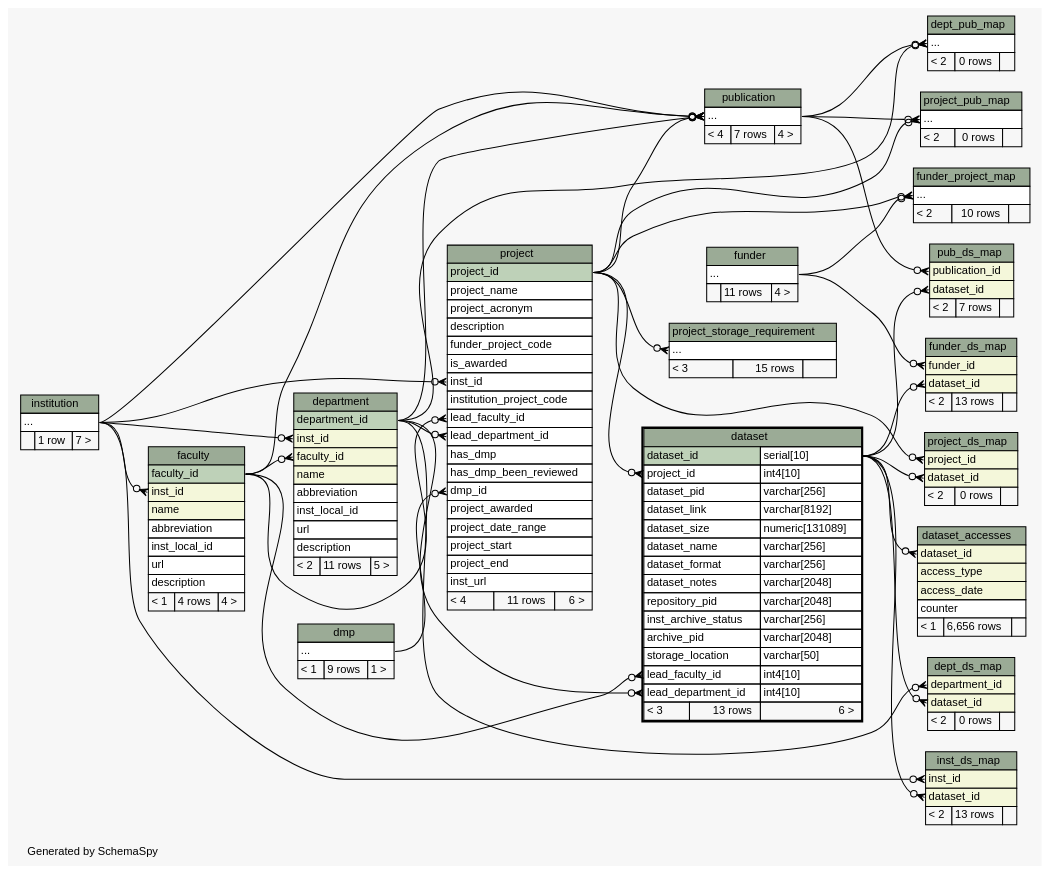
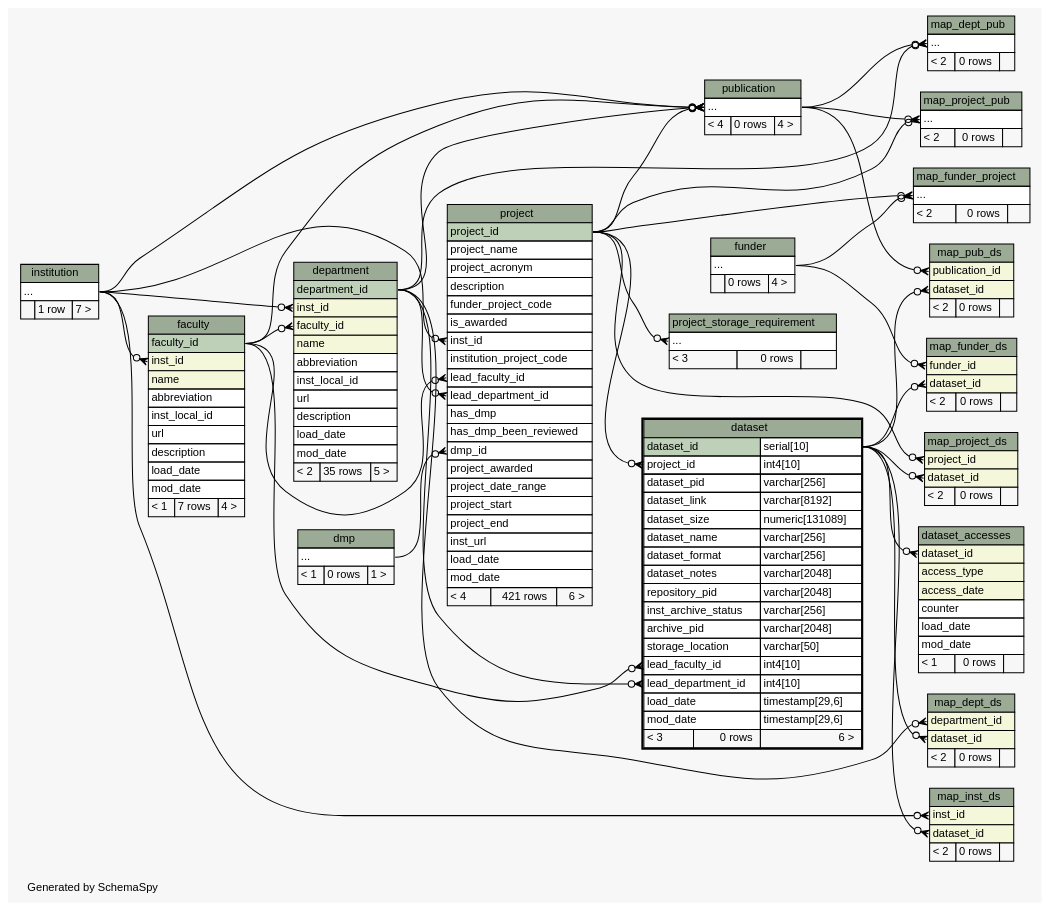
The diagram in ss.out/diagrams/dataset.2degrees.dot (lulibrary/dmao_infrastructure), drawn with Graphviz before and after one commit. The commit also changed 81 other files, not shown here.

```diff
--- a/ss.out/diagrams/dataset.2degrees.dot
+++ b/ss.out/diagrams/dataset.2degrees.dot
@@ -25,28 +25,28 @@
   "dataset_accesses":"dataset_id":w -> "dataset":"dataset_id.type":e [arrowhead=none dir=back arrowtail=crowodot];
   "department":"faculty_id":w -> "faculty":"faculty_id":e [arrowhead=none dir=back arrowtail=crowodot];
   "department":"inst_id":w -> "institution":"elipses":e [arrowhead=none dir=back arrowtail=crowodot];
-  "dept_ds_map":"dataset_id":w -> "dataset":"dataset_id.type":e [arrowhead=none dir=back arrowtail=crowodot];
-  "dept_ds_map":"department_id":w -> "department":"department_id":e [arrowhead=none dir=back arrowtail=crowodot];
-  "dept_pub_map":"elipses":w -> "department":"department_id":e [arrowhead=none dir=back arrowtail=crowodot];
-  "dept_pub_map":"elipses":w -> "publication":"elipses":e [arrowhead=none dir=back arrowtail=crowodot];
   "faculty":"inst_id":w -> "institution":"elipses":e [arrowhead=none dir=back arrowtail=crowodot];
-  "funder_ds_map":"dataset_id":w -> "dataset":"dataset_id.type":e [arrowhead=none dir=back arrowtail=crowodot];
-  "funder_ds_map":"funder_id":w -> "funder":"elipses":e [arrowhead=none dir=back arrowtail=crowodot];
-  "funder_project_map":"elipses":w -> "funder":"elipses":e [arrowhead=none dir=back arrowtail=crowodot];
-  "funder_project_map":"elipses":w -> "project":"project_id":e [arrowhead=none dir=back arrowtail=crowodot];
-  "inst_ds_map":"dataset_id":w -> "dataset":"dataset_id.type":e [arrowhead=none dir=back arrowtail=crowodot];
-  "inst_ds_map":"inst_id":w -> "institution":"elipses":e [arrowhead=none dir=back arrowtail=crowodot];
+  "map_dept_ds":"dataset_id":w -> "dataset":"dataset_id.type":e [arrowhead=none dir=back arrowtail=crowodot];
+  "map_dept_ds":"department_id":w -> "department":"department_id":e [arrowhead=none dir=back arrowtail=crowodot];
+  "map_dept_pub":"elipses":w -> "department":"department_id":e [arrowhead=none dir=back arrowtail=crowodot];
+  "map_dept_pub":"elipses":w -> "publication":"elipses":e [arrowhead=none dir=back arrowtail=crowodot];
+  "map_funder_ds":"dataset_id":w -> "dataset":"dataset_id.type":e [arrowhead=none dir=back arrowtail=crowodot];
+  "map_funder_ds":"funder_id":w -> "funder":"elipses":e [arrowhead=none dir=back arrowtail=crowodot];
+  "map_funder_project":"elipses":w -> "funder":"elipses":e [arrowhead=none dir=back arrowtail=crowodot];
+  "map_funder_project":"elipses":w -> "project":"project_id":e [arrowhead=none dir=back arrowtail=crowodot];
+  "map_inst_ds":"dataset_id":w -> "dataset":"dataset_id.type":e [arrowhead=none dir=back arrowtail=crowodot];
+  "map_inst_ds":"inst_id":w -> "institution":"elipses":e [arrowhead=none dir=back arrowtail=crowodot];
+  "map_project_ds":"dataset_id":w -> "dataset":"dataset_id.type":e [arrowhead=none dir=back arrowtail=crowodot];
+  "map_project_ds":"project_id":w -> "project":"project_id":e [arrowhead=none dir=back arrowtail=crowodot];
+  "map_project_pub":"elipses":w -> "project":"project_id":e [arrowhead=none dir=back arrowtail=crowodot];
+  "map_project_pub":"elipses":w -> "publication":"elipses":e [arrowhead=none dir=back arrowtail=crowodot];
+  "map_pub_ds":"dataset_id":w -> "dataset":"dataset_id.type":e [arrowhead=none dir=back arrowtail=crowodot];
+  "map_pub_ds":"publication_id":w -> "publication":"elipses":e [arrowhead=none dir=back arrowtail=crowodot];
   "project":"dmp_id":w -> "dmp":"elipses":e [arrowhead=none dir=back arrowtail=crowodot];
   "project":"inst_id":w -> "institution":"elipses":e [arrowhead=none dir=back arrowtail=crowodot];
   "project":"lead_department_id":w -> "department":"department_id":e [arrowhead=none dir=back arrowtail=crowodot];
   "project":"lead_faculty_id":w -> "faculty":"faculty_id":e [arrowhead=none dir=back arrowtail=crowodot];
-  "project_ds_map":"dataset_id":w -> "dataset":"dataset_id.type":e [arrowhead=none dir=back arrowtail=crowodot];
-  "project_ds_map":"project_id":w -> "project":"project_id":e [arrowhead=none dir=back arrowtail=crowodot];
-  "project_pub_map":"elipses":w -> "project":"project_id":e [arrowhead=none dir=back arrowtail=crowodot];
-  "project_pub_map":"elipses":w -> "publication":"elipses":e [arrowhead=none dir=back arrowtail=crowodot];
   "project_storage_requirement":"elipses":w -> "project":"project_id":e [arrowhead=none dir=back arrowtail=crowodot];
-  "pub_ds_map":"dataset_id":w -> "dataset":"dataset_id.type":e [arrowhead=none dir=back arrowtail=crowodot];
-  "pub_ds_map":"publication_id":w -> "publication":"elipses":e [arrowhead=none dir=back arrowtail=crowodot];
   "publication":"elipses":w -> "department":"department_id":e [arrowhead=none dir=back arrowtail=crowodot];
   "publication":"elipses":w -> "faculty":"faculty_id":e [arrowhead=none dir=back arrowtail=crowodot];
   "publication":"elipses":w -> "institution":"elipses":e [arrowhead=none dir=back arrowtail=crowodot];
@@ -69,7 +69,9 @@
       <TR><TD PORT="storage_location" COLSPAN="2" ALIGN="LEFT">storage_location</TD><TD PORT="storage_location.type" ALIGN="LEFT">varchar[50]</TD></TR>
       <TR><TD PORT="lead_faculty_id" COLSPAN="2" ALIGN="LEFT">lead_faculty_id</TD><TD PORT="lead_faculty_id.type" ALIGN="LEFT">int4[10]</TD></TR>
       <TR><TD PORT="lead_department_id" COLSPAN="2" ALIGN="LEFT">lead_department_id</TD><TD PORT="lead_department_id.type" ALIGN="LEFT">int4[10]</TD></TR>
-      <TR><TD ALIGN="LEFT" BGCOLOR="#f7f7f7">&lt; 3</TD><TD ALIGN="RIGHT" BGCOLOR="#f7f7f7">13 rows</TD><TD ALIGN="RIGHT" BGCOLOR="#f7f7f7">6 &gt;</TD></TR>
+      <TR><TD PORT="load_date" COLSPAN="2" ALIGN="LEFT">load_date</TD><TD PORT="load_date.type" ALIGN="LEFT">timestamp[29,6]</TD></TR>
+      <TR><TD PORT="mod_date" COLSPAN="2" ALIGN="LEFT">mod_date</TD><TD PORT="mod_date.type" ALIGN="LEFT">timestamp[29,6]</TD></TR>
+      <TR><TD ALIGN="LEFT" BGCOLOR="#f7f7f7">&lt; 3</TD><TD ALIGN="RIGHT" BGCOLOR="#f7f7f7">0 rows</TD><TD ALIGN="RIGHT" BGCOLOR="#f7f7f7">6 &gt;</TD></TR>
     </TABLE>>
     URL="dataset.html"
     tooltip="dataset"
@@ -82,7 +84,9 @@
       <TR><TD PORT="access_type" COLSPAN="3" BGCOLOR="#f4f7da" ALIGN="LEFT">access_type</TD></TR>
       <TR><TD PORT="access_date" COLSPAN="3" BGCOLOR="#f4f7da" ALIGN="LEFT">access_date</TD></TR>
       <TR><TD PORT="counter" COLSPAN="3" ALIGN="LEFT">counter</TD></TR>
-      <TR><TD ALIGN="LEFT" BGCOLOR="#f7f7f7">&lt; 1</TD><TD ALIGN="RIGHT" BGCOLOR="#f7f7f7">6,656 rows</TD><TD ALIGN="RIGHT" BGCOLOR="#f7f7f7">  </TD></TR>
+      <TR><TD PORT="load_date" COLSPAN="3" ALIGN="LEFT">load_date</TD></TR>
+      <TR><TD PORT="mod_date" COLSPAN="3" ALIGN="LEFT">mod_date</TD></TR>
+      <TR><TD ALIGN="LEFT" BGCOLOR="#f7f7f7">&lt; 1</TD><TD ALIGN="RIGHT" BGCOLOR="#f7f7f7">0 rows</TD><TD ALIGN="RIGHT" BGCOLOR="#f7f7f7">  </TD></TR>
     </TABLE>>
     URL="dataset_accesses.html"
     tooltip="dataset_accesses"
@@ -99,38 +103,19 @@
       <TR><TD PORT="inst_local_id" COLSPAN="3" ALIGN="LEFT">inst_local_id</TD></TR>
       <TR><TD PORT="url" COLSPAN="3" ALIGN="LEFT">url</TD></TR>
       <TR><TD PORT="description" COLSPAN="3" ALIGN="LEFT">description</TD></TR>
-      <TR><TD ALIGN="LEFT" BGCOLOR="#f7f7f7">&lt; 2</TD><TD ALIGN="RIGHT" BGCOLOR="#f7f7f7">11 rows</TD><TD ALIGN="RIGHT" BGCOLOR="#f7f7f7">5 &gt;</TD></TR>
+      <TR><TD PORT="load_date" COLSPAN="3" ALIGN="LEFT">load_date</TD></TR>
+      <TR><TD PORT="mod_date" COLSPAN="3" ALIGN="LEFT">mod_date</TD></TR>
+      <TR><TD ALIGN="LEFT" BGCOLOR="#f7f7f7">&lt; 2</TD><TD ALIGN="RIGHT" BGCOLOR="#f7f7f7">35 rows</TD><TD ALIGN="RIGHT" BGCOLOR="#f7f7f7">5 &gt;</TD></TR>
     </TABLE>>
     URL="department.html"
     tooltip="department"
-  ];
-  "dept_ds_map" [
-    label=<
-    <TABLE BORDER="0" CELLBORDER="1" CELLSPACING="0" BGCOLOR="#ffffff">
-      <TR><TD COLSPAN="3" BGCOLOR="#9bab96" ALIGN="CENTER">dept_ds_map</TD></TR>
-      <TR><TD PORT="department_id" COLSPAN="3" BGCOLOR="#f4f7da" ALIGN="LEFT">department_id</TD></TR>
-      <TR><TD PORT="dataset_id" COLSPAN="3" BGCOLOR="#f4f7da" ALIGN="LEFT">dataset_id</TD></TR>
-      <TR><TD ALIGN="LEFT" BGCOLOR="#f7f7f7">&lt; 2</TD><TD ALIGN="RIGHT" BGCOLOR="#f7f7f7">0 rows</TD><TD ALIGN="RIGHT" BGCOLOR="#f7f7f7">  </TD></TR>
-    </TABLE>>
-    URL="dept_ds_map.html"
-    tooltip="dept_ds_map"
-  ];
-  "dept_pub_map" [
-    label=<
-    <TABLE BORDER="0" CELLBORDER="1" CELLSPACING="0" BGCOLOR="#ffffff">
-      <TR><TD COLSPAN="3" BGCOLOR="#9bab96" ALIGN="CENTER">dept_pub_map</TD></TR>
-      <TR><TD PORT="elipses" COLSPAN="3" ALIGN="LEFT">...</TD></TR>
-      <TR><TD ALIGN="LEFT" BGCOLOR="#f7f7f7">&lt; 2</TD><TD ALIGN="RIGHT" BGCOLOR="#f7f7f7">0 rows</TD><TD ALIGN="RIGHT" BGCOLOR="#f7f7f7">  </TD></TR>
-    </TABLE>>
-    URL="dept_pub_map.html"
-    tooltip="dept_pub_map"
   ];
   "dmp" [
     label=<
     <TABLE BORDER="0" CELLBORDER="1" CELLSPACING="0" BGCOLOR="#ffffff">
       <TR><TD COLSPAN="3" BGCOLOR="#9bab96" ALIGN="CENTER">dmp</TD></TR>
       <TR><TD PORT="elipses" COLSPAN="3" ALIGN="LEFT">...</TD></TR>
-      <TR><TD ALIGN="LEFT" BGCOLOR="#f7f7f7">&lt; 1</TD><TD ALIGN="RIGHT" BGCOLOR="#f7f7f7">9 rows</TD><TD ALIGN="RIGHT" BGCOLOR="#f7f7f7">1 &gt;</TD></TR>
+      <TR><TD ALIGN="LEFT" BGCOLOR="#f7f7f7">&lt; 1</TD><TD ALIGN="RIGHT" BGCOLOR="#f7f7f7">0 rows</TD><TD ALIGN="RIGHT" BGCOLOR="#f7f7f7">1 &gt;</TD></TR>
     </TABLE>>
     URL="dmp.html"
     tooltip="dmp"
@@ -146,7 +131,9 @@
       <TR><TD PORT="inst_local_id" COLSPAN="3" ALIGN="LEFT">inst_local_id</TD></TR>
       <TR><TD PORT="url" COLSPAN="3" ALIGN="LEFT">url</TD></TR>
       <TR><TD PORT="description" COLSPAN="3" ALIGN="LEFT">description</TD></TR>
-      <TR><TD ALIGN="LEFT" BGCOLOR="#f7f7f7">&lt; 1</TD><TD ALIGN="RIGHT" BGCOLOR="#f7f7f7">4 rows</TD><TD ALIGN="RIGHT" BGCOLOR="#f7f7f7">4 &gt;</TD></TR>
+      <TR><TD PORT="load_date" COLSPAN="3" ALIGN="LEFT">load_date</TD></TR>
+      <TR><TD PORT="mod_date" COLSPAN="3" ALIGN="LEFT">mod_date</TD></TR>
+      <TR><TD ALIGN="LEFT" BGCOLOR="#f7f7f7">&lt; 1</TD><TD ALIGN="RIGHT" BGCOLOR="#f7f7f7">7 rows</TD><TD ALIGN="RIGHT" BGCOLOR="#f7f7f7">4 &gt;</TD></TR>
     </TABLE>>
     URL="faculty.html"
     tooltip="faculty"
@@ -156,42 +143,10 @@
     <TABLE BORDER="0" CELLBORDER="1" CELLSPACING="0" BGCOLOR="#ffffff">
       <TR><TD COLSPAN="3" BGCOLOR="#9bab96" ALIGN="CENTER">funder</TD></TR>
       <TR><TD PORT="elipses" COLSPAN="3" ALIGN="LEFT">...</TD></TR>
-      <TR><TD ALIGN="LEFT" BGCOLOR="#f7f7f7">  </TD><TD ALIGN="RIGHT" BGCOLOR="#f7f7f7">11 rows</TD><TD ALIGN="RIGHT" BGCOLOR="#f7f7f7">4 &gt;</TD></TR>
+      <TR><TD ALIGN="LEFT" BGCOLOR="#f7f7f7">  </TD><TD ALIGN="RIGHT" BGCOLOR="#f7f7f7">0 rows</TD><TD ALIGN="RIGHT" BGCOLOR="#f7f7f7">4 &gt;</TD></TR>
     </TABLE>>
     URL="funder.html"
     tooltip="funder"
-  ];
-  "funder_ds_map" [
-    label=<
-    <TABLE BORDER="0" CELLBORDER="1" CELLSPACING="0" BGCOLOR="#ffffff">
-      <TR><TD COLSPAN="3" BGCOLOR="#9bab96" ALIGN="CENTER">funder_ds_map</TD></TR>
-      <TR><TD PORT="funder_id" COLSPAN="3" BGCOLOR="#f4f7da" ALIGN="LEFT">funder_id</TD></TR>
-      <TR><TD PORT="dataset_id" COLSPAN="3" BGCOLOR="#f4f7da" ALIGN="LEFT">dataset_id</TD></TR>
-      <TR><TD ALIGN="LEFT" BGCOLOR="#f7f7f7">&lt; 2</TD><TD ALIGN="RIGHT" BGCOLOR="#f7f7f7">13 rows</TD><TD ALIGN="RIGHT" BGCOLOR="#f7f7f7">  </TD></TR>
-    </TABLE>>
-    URL="funder_ds_map.html"
-    tooltip="funder_ds_map"
-  ];
-  "funder_project_map" [
-    label=<
-    <TABLE BORDER="0" CELLBORDER="1" CELLSPACING="0" BGCOLOR="#ffffff">
-      <TR><TD COLSPAN="3" BGCOLOR="#9bab96" ALIGN="CENTER">funder_project_map</TD></TR>
-      <TR><TD PORT="elipses" COLSPAN="3" ALIGN="LEFT">...</TD></TR>
-      <TR><TD ALIGN="LEFT" BGCOLOR="#f7f7f7">&lt; 2</TD><TD ALIGN="RIGHT" BGCOLOR="#f7f7f7">10 rows</TD><TD ALIGN="RIGHT" BGCOLOR="#f7f7f7">  </TD></TR>
-    </TABLE>>
-    URL="funder_project_map.html"
-    tooltip="funder_project_map"
-  ];
-  "inst_ds_map" [
-    label=<
-    <TABLE BORDER="0" CELLBORDER="1" CELLSPACING="0" BGCOLOR="#ffffff">
-      <TR><TD COLSPAN="3" BGCOLOR="#9bab96" ALIGN="CENTER">inst_ds_map</TD></TR>
-      <TR><TD PORT="inst_id" COLSPAN="3" BGCOLOR="#f4f7da" ALIGN="LEFT">inst_id</TD></TR>
-      <TR><TD PORT="dataset_id" COLSPAN="3" BGCOLOR="#f4f7da" ALIGN="LEFT">dataset_id</TD></TR>
-      <TR><TD ALIGN="LEFT" BGCOLOR="#f7f7f7">&lt; 2</TD><TD ALIGN="RIGHT" BGCOLOR="#f7f7f7">13 rows</TD><TD ALIGN="RIGHT" BGCOLOR="#f7f7f7">  </TD></TR>
-    </TABLE>>
-    URL="inst_ds_map.html"
-    tooltip="inst_ds_map"
   ];
   "institution" [
     label=<
@@ -202,6 +157,91 @@
     </TABLE>>
     URL="institution.html"
     tooltip="institution"
+  ];
+  "map_dept_ds" [
+    label=<
+    <TABLE BORDER="0" CELLBORDER="1" CELLSPACING="0" BGCOLOR="#ffffff">
+      <TR><TD COLSPAN="3" BGCOLOR="#9bab96" ALIGN="CENTER">map_dept_ds</TD></TR>
+      <TR><TD PORT="department_id" COLSPAN="3" BGCOLOR="#f4f7da" ALIGN="LEFT">department_id</TD></TR>
+      <TR><TD PORT="dataset_id" COLSPAN="3" BGCOLOR="#f4f7da" ALIGN="LEFT">dataset_id</TD></TR>
+      <TR><TD ALIGN="LEFT" BGCOLOR="#f7f7f7">&lt; 2</TD><TD ALIGN="RIGHT" BGCOLOR="#f7f7f7">0 rows</TD><TD ALIGN="RIGHT" BGCOLOR="#f7f7f7">  </TD></TR>
+    </TABLE>>
+    URL="map_dept_ds.html"
+    tooltip="map_dept_ds"
+  ];
+  "map_dept_pub" [
+    label=<
+    <TABLE BORDER="0" CELLBORDER="1" CELLSPACING="0" BGCOLOR="#ffffff">
+      <TR><TD COLSPAN="3" BGCOLOR="#9bab96" ALIGN="CENTER">map_dept_pub</TD></TR>
+      <TR><TD PORT="elipses" COLSPAN="3" ALIGN="LEFT">...</TD></TR>
+      <TR><TD ALIGN="LEFT" BGCOLOR="#f7f7f7">&lt; 2</TD><TD ALIGN="RIGHT" BGCOLOR="#f7f7f7">0 rows</TD><TD ALIGN="RIGHT" BGCOLOR="#f7f7f7">  </TD></TR>
+    </TABLE>>
+    URL="map_dept_pub.html"
+    tooltip="map_dept_pub"
+  ];
+  "map_funder_ds" [
+    label=<
+    <TABLE BORDER="0" CELLBORDER="1" CELLSPACING="0" BGCOLOR="#ffffff">
+      <TR><TD COLSPAN="3" BGCOLOR="#9bab96" ALIGN="CENTER">map_funder_ds</TD></TR>
+      <TR><TD PORT="funder_id" COLSPAN="3" BGCOLOR="#f4f7da" ALIGN="LEFT">funder_id</TD></TR>
+      <TR><TD PORT="dataset_id" COLSPAN="3" BGCOLOR="#f4f7da" ALIGN="LEFT">dataset_id</TD></TR>
+      <TR><TD ALIGN="LEFT" BGCOLOR="#f7f7f7">&lt; 2</TD><TD ALIGN="RIGHT" BGCOLOR="#f7f7f7">0 rows</TD><TD ALIGN="RIGHT" BGCOLOR="#f7f7f7">  </TD></TR>
+    </TABLE>>
+    URL="map_funder_ds.html"
+    tooltip="map_funder_ds"
+  ];
+  "map_funder_project" [
+    label=<
+    <TABLE BORDER="0" CELLBORDER="1" CELLSPACING="0" BGCOLOR="#ffffff">
+      <TR><TD COLSPAN="3" BGCOLOR="#9bab96" ALIGN="CENTER">map_funder_project</TD></TR>
+      <TR><TD PORT="elipses" COLSPAN="3" ALIGN="LEFT">...</TD></TR>
+      <TR><TD ALIGN="LEFT" BGCOLOR="#f7f7f7">&lt; 2</TD><TD ALIGN="RIGHT" BGCOLOR="#f7f7f7">0 rows</TD><TD ALIGN="RIGHT" BGCOLOR="#f7f7f7">  </TD></TR>
+    </TABLE>>
+    URL="map_funder_project.html"
+    tooltip="map_funder_project"
+  ];
+  "map_inst_ds" [
+    label=<
+    <TABLE BORDER="0" CELLBORDER="1" CELLSPACING="0" BGCOLOR="#ffffff">
+      <TR><TD COLSPAN="3" BGCOLOR="#9bab96" ALIGN="CENTER">map_inst_ds</TD></TR>
+      <TR><TD PORT="inst_id" COLSPAN="3" BGCOLOR="#f4f7da" ALIGN="LEFT">inst_id</TD></TR>
+      <TR><TD PORT="dataset_id" COLSPAN="3" BGCOLOR="#f4f7da" ALIGN="LEFT">dataset_id</TD></TR>
+      <TR><TD ALIGN="LEFT" BGCOLOR="#f7f7f7">&lt; 2</TD><TD ALIGN="RIGHT" BGCOLOR="#f7f7f7">0 rows</TD><TD ALIGN="RIGHT" BGCOLOR="#f7f7f7">  </TD></TR>
+    </TABLE>>
+    URL="map_inst_ds.html"
+    tooltip="map_inst_ds"
+  ];
+  "map_project_ds" [
+    label=<
+    <TABLE BORDER="0" CELLBORDER="1" CELLSPACING="0" BGCOLOR="#ffffff">
+      <TR><TD COLSPAN="3" BGCOLOR="#9bab96" ALIGN="CENTER">map_project_ds</TD></TR>
+      <TR><TD PORT="project_id" COLSPAN="3" BGCOLOR="#f4f7da" ALIGN="LEFT">project_id</TD></TR>
+      <TR><TD PORT="dataset_id" COLSPAN="3" BGCOLOR="#f4f7da" ALIGN="LEFT">dataset_id</TD></TR>
+      <TR><TD ALIGN="LEFT" BGCOLOR="#f7f7f7">&lt; 2</TD><TD ALIGN="RIGHT" BGCOLOR="#f7f7f7">0 rows</TD><TD ALIGN="RIGHT" BGCOLOR="#f7f7f7">  </TD></TR>
+    </TABLE>>
+    URL="map_project_ds.html"
+    tooltip="map_project_ds"
+  ];
+  "map_project_pub" [
+    label=<
+    <TABLE BORDER="0" CELLBORDER="1" CELLSPACING="0" BGCOLOR="#ffffff">
+      <TR><TD COLSPAN="3" BGCOLOR="#9bab96" ALIGN="CENTER">map_project_pub</TD></TR>
+      <TR><TD PORT="elipses" COLSPAN="3" ALIGN="LEFT">...</TD></TR>
+      <TR><TD ALIGN="LEFT" BGCOLOR="#f7f7f7">&lt; 2</TD><TD ALIGN="RIGHT" BGCOLOR="#f7f7f7">0 rows</TD><TD ALIGN="RIGHT" BGCOLOR="#f7f7f7">  </TD></TR>
+    </TABLE>>
+    URL="map_project_pub.html"
+    tooltip="map_project_pub"
+  ];
+  "map_pub_ds" [
+    label=<
+    <TABLE BORDER="0" CELLBORDER="1" CELLSPACING="0" BGCOLOR="#ffffff">
+      <TR><TD COLSPAN="3" BGCOLOR="#9bab96" ALIGN="CENTER">map_pub_ds</TD></TR>
+      <TR><TD PORT="publication_id" COLSPAN="3" BGCOLOR="#f4f7da" ALIGN="LEFT">publication_id</TD></TR>
+      <TR><TD PORT="dataset_id" COLSPAN="3" BGCOLOR="#f4f7da" ALIGN="LEFT">dataset_id</TD></TR>
+      <TR><TD ALIGN="LEFT" BGCOLOR="#f7f7f7">&lt; 2</TD><TD ALIGN="RIGHT" BGCOLOR="#f7f7f7">0 rows</TD><TD ALIGN="RIGHT" BGCOLOR="#f7f7f7">  </TD></TR>
+    </TABLE>>
+    URL="map_pub_ds.html"
+    tooltip="map_pub_ds"
   ];
   "project" [
     label=<
@@ -225,59 +265,29 @@
       <TR><TD PORT="project_start" COLSPAN="3" ALIGN="LEFT">project_start</TD></TR>
       <TR><TD PORT="project_end" COLSPAN="3" ALIGN="LEFT">project_end</TD></TR>
       <TR><TD PORT="inst_url" COLSPAN="3" ALIGN="LEFT">inst_url</TD></TR>
-      <TR><TD ALIGN="LEFT" BGCOLOR="#f7f7f7">&lt; 4</TD><TD ALIGN="RIGHT" BGCOLOR="#f7f7f7">11 rows</TD><TD ALIGN="RIGHT" BGCOLOR="#f7f7f7">6 &gt;</TD></TR>
+      <TR><TD PORT="load_date" COLSPAN="3" ALIGN="LEFT">load_date</TD></TR>
+      <TR><TD PORT="mod_date" COLSPAN="3" ALIGN="LEFT">mod_date</TD></TR>
+      <TR><TD ALIGN="LEFT" BGCOLOR="#f7f7f7">&lt; 4</TD><TD ALIGN="RIGHT" BGCOLOR="#f7f7f7">421 rows</TD><TD ALIGN="RIGHT" BGCOLOR="#f7f7f7">6 &gt;</TD></TR>
     </TABLE>>
     URL="project.html"
     tooltip="project"
-  ];
-  "project_ds_map" [
-    label=<
-    <TABLE BORDER="0" CELLBORDER="1" CELLSPACING="0" BGCOLOR="#ffffff">
-      <TR><TD COLSPAN="3" BGCOLOR="#9bab96" ALIGN="CENTER">project_ds_map</TD></TR>
-      <TR><TD PORT="project_id" COLSPAN="3" BGCOLOR="#f4f7da" ALIGN="LEFT">project_id</TD></TR>
-      <TR><TD PORT="dataset_id" COLSPAN="3" BGCOLOR="#f4f7da" ALIGN="LEFT">dataset_id</TD></TR>
-      <TR><TD ALIGN="LEFT" BGCOLOR="#f7f7f7">&lt; 2</TD><TD ALIGN="RIGHT" BGCOLOR="#f7f7f7">0 rows</TD><TD ALIGN="RIGHT" BGCOLOR="#f7f7f7">  </TD></TR>
-    </TABLE>>
-    URL="project_ds_map.html"
-    tooltip="project_ds_map"
-  ];
-  "project_pub_map" [
-    label=<
-    <TABLE BORDER="0" CELLBORDER="1" CELLSPACING="0" BGCOLOR="#ffffff">
-      <TR><TD COLSPAN="3" BGCOLOR="#9bab96" ALIGN="CENTER">project_pub_map</TD></TR>
-      <TR><TD PORT="elipses" COLSPAN="3" ALIGN="LEFT">...</TD></TR>
-      <TR><TD ALIGN="LEFT" BGCOLOR="#f7f7f7">&lt; 2</TD><TD ALIGN="RIGHT" BGCOLOR="#f7f7f7">0 rows</TD><TD ALIGN="RIGHT" BGCOLOR="#f7f7f7">  </TD></TR>
-    </TABLE>>
-    URL="project_pub_map.html"
-    tooltip="project_pub_map"
   ];
   "project_storage_requirement" [
     label=<
     <TABLE BORDER="0" CELLBORDER="1" CELLSPACING="0" BGCOLOR="#ffffff">
       <TR><TD COLSPAN="3" BGCOLOR="#9bab96" ALIGN="CENTER">project_storage_requirement</TD></TR>
       <TR><TD PORT="elipses" COLSPAN="3" ALIGN="LEFT">...</TD></TR>
-      <TR><TD ALIGN="LEFT" BGCOLOR="#f7f7f7">&lt; 3</TD><TD ALIGN="RIGHT" BGCOLOR="#f7f7f7">15 rows</TD><TD ALIGN="RIGHT" BGCOLOR="#f7f7f7">  </TD></TR>
+      <TR><TD ALIGN="LEFT" BGCOLOR="#f7f7f7">&lt; 3</TD><TD ALIGN="RIGHT" BGCOLOR="#f7f7f7">0 rows</TD><TD ALIGN="RIGHT" BGCOLOR="#f7f7f7">  </TD></TR>
     </TABLE>>
     URL="project_storage_requirement.html"
     tooltip="project_storage_requirement"
-  ];
-  "pub_ds_map" [
-    label=<
-    <TABLE BORDER="0" CELLBORDER="1" CELLSPACING="0" BGCOLOR="#ffffff">
-      <TR><TD COLSPAN="3" BGCOLOR="#9bab96" ALIGN="CENTER">pub_ds_map</TD></TR>
-      <TR><TD PORT="publication_id" COLSPAN="3" BGCOLOR="#f4f7da" ALIGN="LEFT">publication_id</TD></TR>
-      <TR><TD PORT="dataset_id" COLSPAN="3" BGCOLOR="#f4f7da" ALIGN="LEFT">dataset_id</TD></TR>
-      <TR><TD ALIGN="LEFT" BGCOLOR="#f7f7f7">&lt; 2</TD><TD ALIGN="RIGHT" BGCOLOR="#f7f7f7">7 rows</TD><TD ALIGN="RIGHT" BGCOLOR="#f7f7f7">  </TD></TR>
-    </TABLE>>
-    URL="pub_ds_map.html"
-    tooltip="pub_ds_map"
   ];
   "publication" [
     label=<
     <TABLE BORDER="0" CELLBORDER="1" CELLSPACING="0" BGCOLOR="#ffffff">
       <TR><TD COLSPAN="3" BGCOLOR="#9bab96" ALIGN="CENTER">publication</TD></TR>
       <TR><TD PORT="elipses" COLSPAN="3" ALIGN="LEFT">...</TD></TR>
-      <TR><TD ALIGN="LEFT" BGCOLOR="#f7f7f7">&lt; 4</TD><TD ALIGN="RIGHT" BGCOLOR="#f7f7f7">7 rows</TD><TD ALIGN="RIGHT" BGCOLOR="#f7f7f7">4 &gt;</TD></TR>
+      <TR><TD ALIGN="LEFT" BGCOLOR="#f7f7f7">&lt; 4</TD><TD ALIGN="RIGHT" BGCOLOR="#f7f7f7">0 rows</TD><TD ALIGN="RIGHT" BGCOLOR="#f7f7f7">4 &gt;</TD></TR>
     </TABLE>>
     URL="publication.html"
     tooltip="publication"
```
